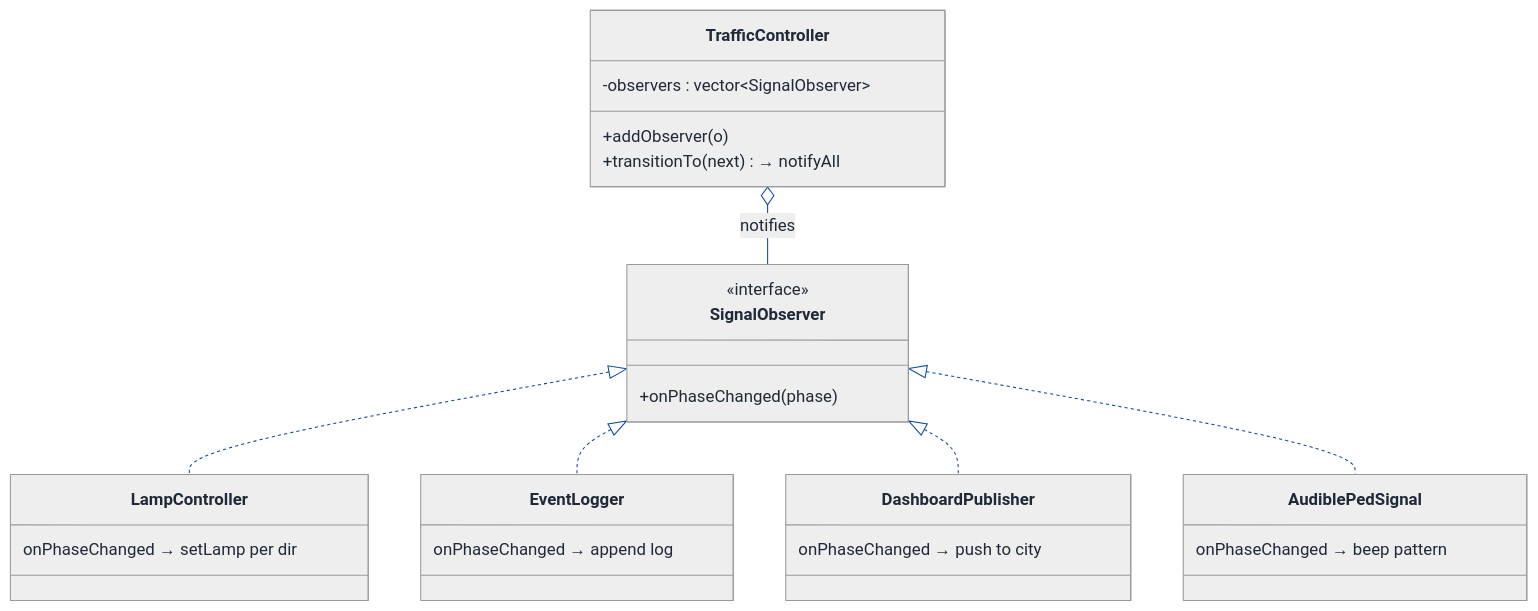
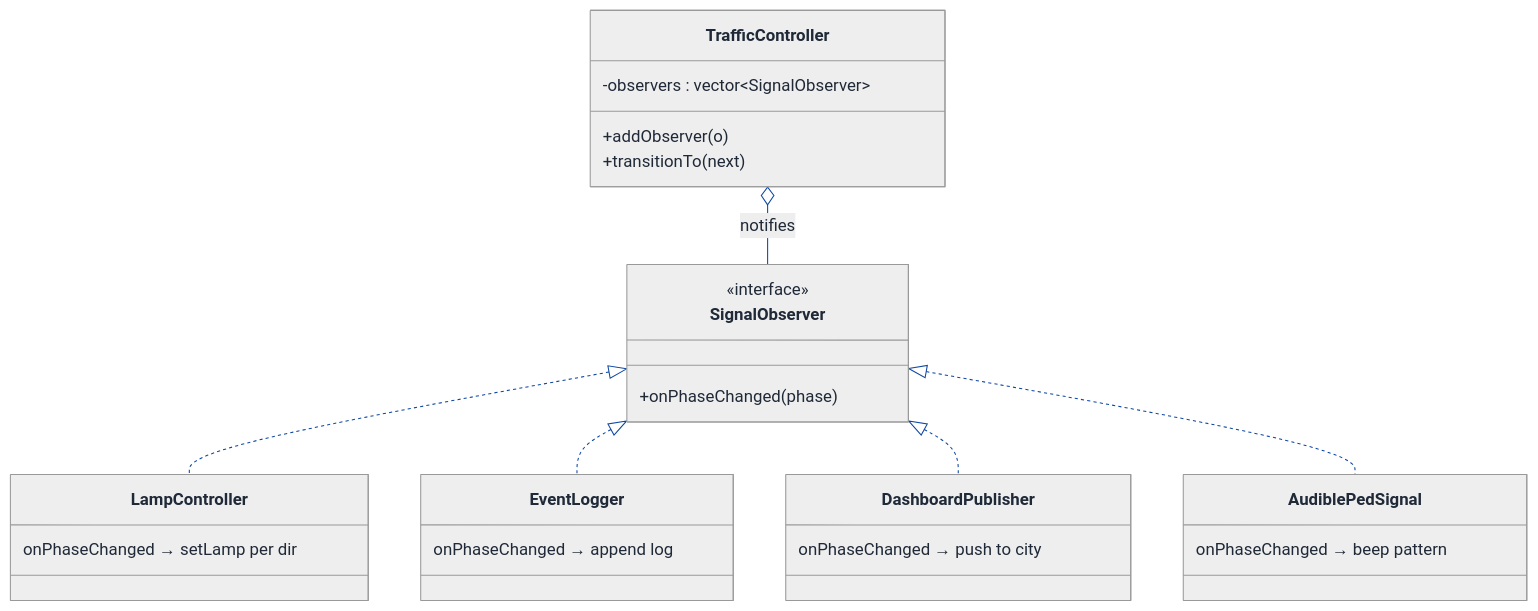
The third of 8 diagrams in LLD/Topics/State_Pattern/Traffic_Signal_Control.md (Prateek-5/question-bank), drawn with Mermaid before and after one commit. The commit also changed other lines of this file and 61 other files, not shown here.

First line of the commit message:
Fix invalid mermaid classDiagram member syntax across LLD walkthroughs

````diff
--- a/LLD/Topics/State_Pattern/Traffic_Signal_Control.md
+++ b/LLD/Topics/State_Pattern/Traffic_Signal_Control.md
@@ -573,62 +573,62 @@
 ```mermaid
 ---
 config:
   theme: neutral
   themeVariables:
     background: '#ffffff'
     primaryColor: '#cfe2ff'
     primaryTextColor: '#1f2937'
     primaryBorderColor: '#084298'
     secondaryColor: '#fff3cd'
     secondaryTextColor: '#1f2937'
     secondaryBorderColor: '#664d03'
     tertiaryColor: '#d1e7dd'
     tertiaryTextColor: '#1f2937'
     tertiaryBorderColor: '#0a3622'
     lineColor: '#0d47a1'
     textColor: '#1f2937'
     noteBkgColor: '#fff3cd'
     noteTextColor: '#1f2937'
     noteBorderColor: '#997404'
     actorBkg: '#cfe2ff'
     actorBorder: '#084298'
     actorTextColor: '#1f2937'
     signalColor: '#0d47a1'
     signalTextColor: '#1f2937'
     labelBoxBkgColor: '#ffffff'
     labelBoxBorderColor: '#d3d3d3'
     labelTextColor: '#1f2937'
     edgeLabelBackground: '#ffffff'
     labelBackground: '#ffffff'
     classText: '#1f2937'
     fontFamily: 'system-ui, -apple-system, Segoe UI, Helvetica, Arial, sans-serif'
 ---
 classDiagram
   direction TB
   class TrafficController {
     -observers : vector~SignalObserver~
     +addObserver(o)
-    +transitionTo(next) → notifyAll
+    +transitionTo(next)
   }
   class SignalObserver {
     <<interface>>
     +onPhaseChanged(phase)
   }
   class LampController {
     onPhaseChanged → setLamp per dir
   }
   class EventLogger {
     onPhaseChanged → append log
   }
   class DashboardPublisher {
     onPhaseChanged → push to city
   }
   class AudiblePedSignal {
     onPhaseChanged → beep pattern
   }
   TrafficController o-- SignalObserver : notifies
   SignalObserver <|.. LampController
   SignalObserver <|.. EventLogger
   SignalObserver <|.. DashboardPublisher
   SignalObserver <|.. AudiblePedSignal
 ```
````
